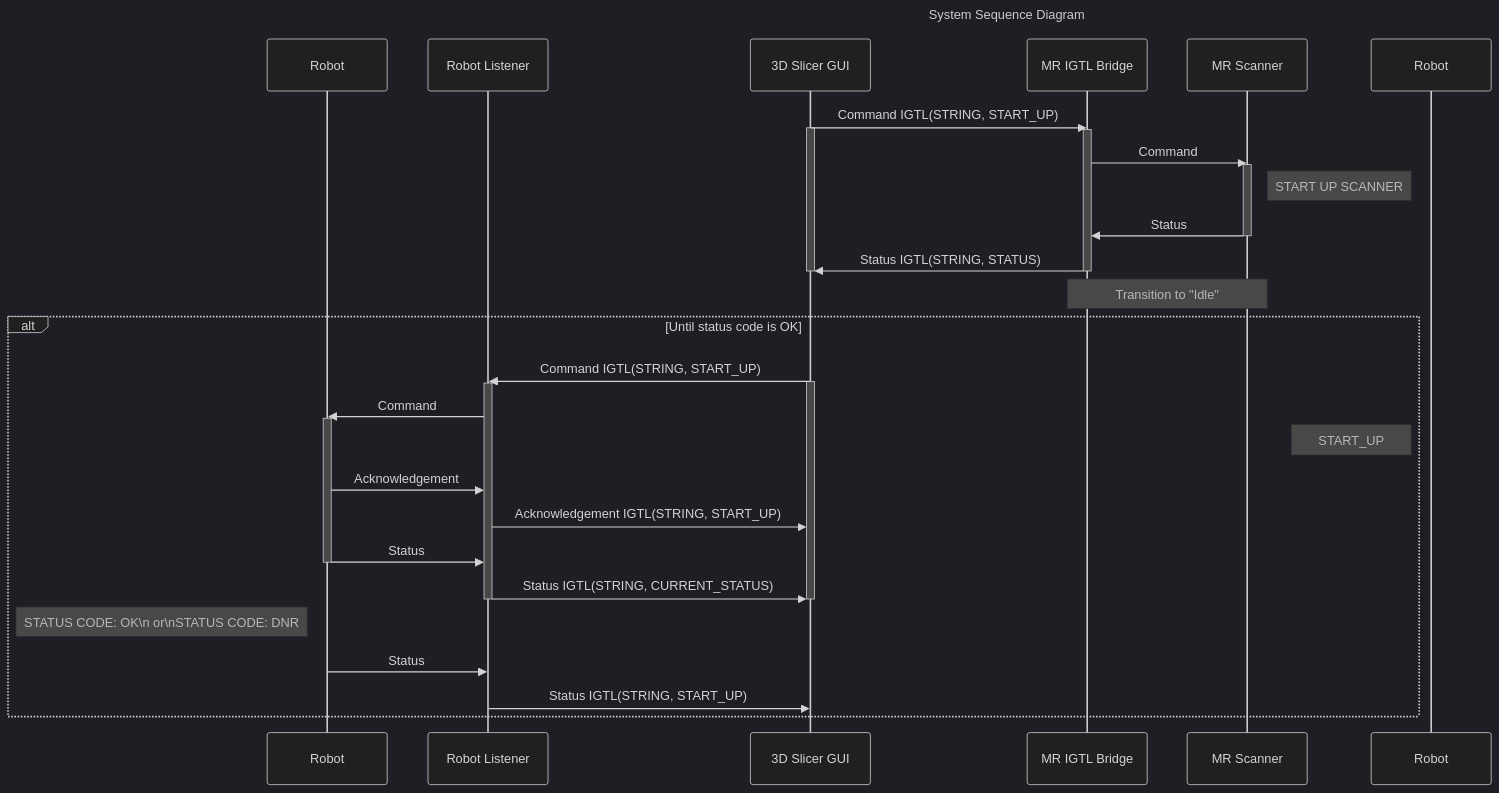
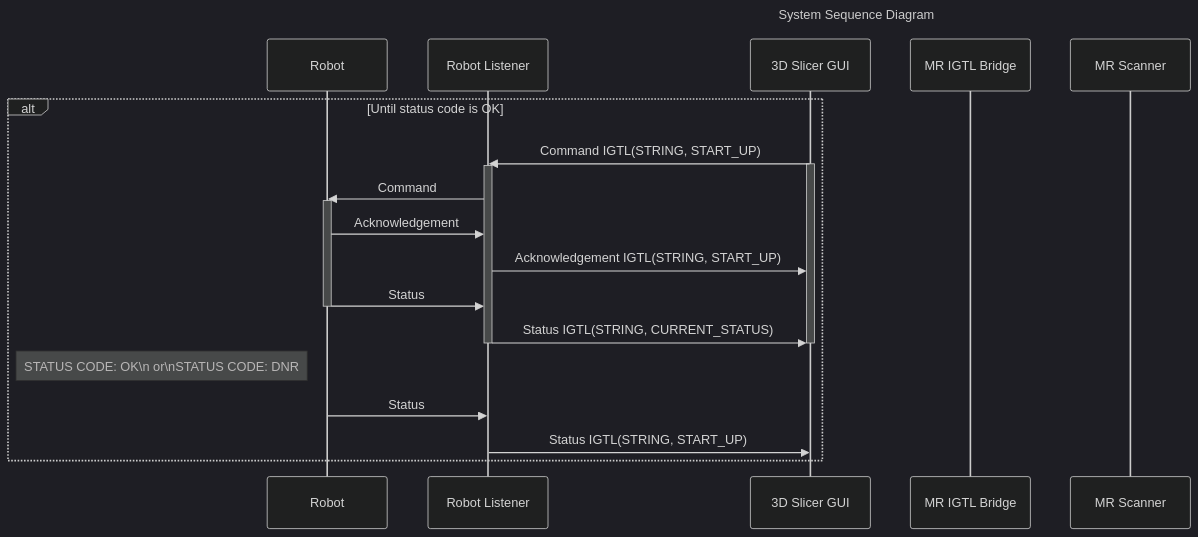
Before and after one commit to ProstateBRP/BRPRobot2021: the first of 6 diagrams in README.md, drawn with Mermaid (dark theme).

````diff
--- a/README.md
+++ b/README.md
@@ -7,46 +7,32 @@
 ```mermaid
 sequenceDiagram
 
 title System Sequence Diagram
 
 participant R as Robot
 participant RL as Robot Listener
 participant SGUI as 3D Slicer GUI
 participant MRIGTL  as MR IGTL Bridge
 participant MRS as MR Scanner
 
-SGUI->>MRIGTL:Command IGTL(STRING, START_UP)
-activate SGUI
-activate MRIGTL
-MRIGTL->>MRS:Command
-activate MRS
-note right of MRS:START UP SCANNER
-MRS->>MRIGTL:Status
-deactivate MRS
-MRIGTL->>SGUI:Status IGTL(STRING, STATUS)
-deactivate SGUI
-deactivate MRIGTL
-
-note over MRIGTL,MRS:Transition to "Idle"
 alt Until status code is OK
 SGUI->>RL:Command IGTL(STRING, START_UP)
 activate SGUI
 activate RL
 RL->>R:Command
 activate R
-note left of Robot:START_UP
 R->>RL:Acknowledgement
 RL->>SGUI:Acknowledgement IGTL(STRING, START_UP)
 R->>RL:Status
 deactivate R
 RL->>SGUI:Status IGTL(STRING, CURRENT_STATUS)
 
 
 deactivate RL
 deactivate SGUI
 note left of R:STATUS CODE: OK\n               or\nSTATUS CODE: DNR
 R->>RL:Status
 RL->>SGUI:Status IGTL(STRING, START_UP)
 end
 
 ```
````
